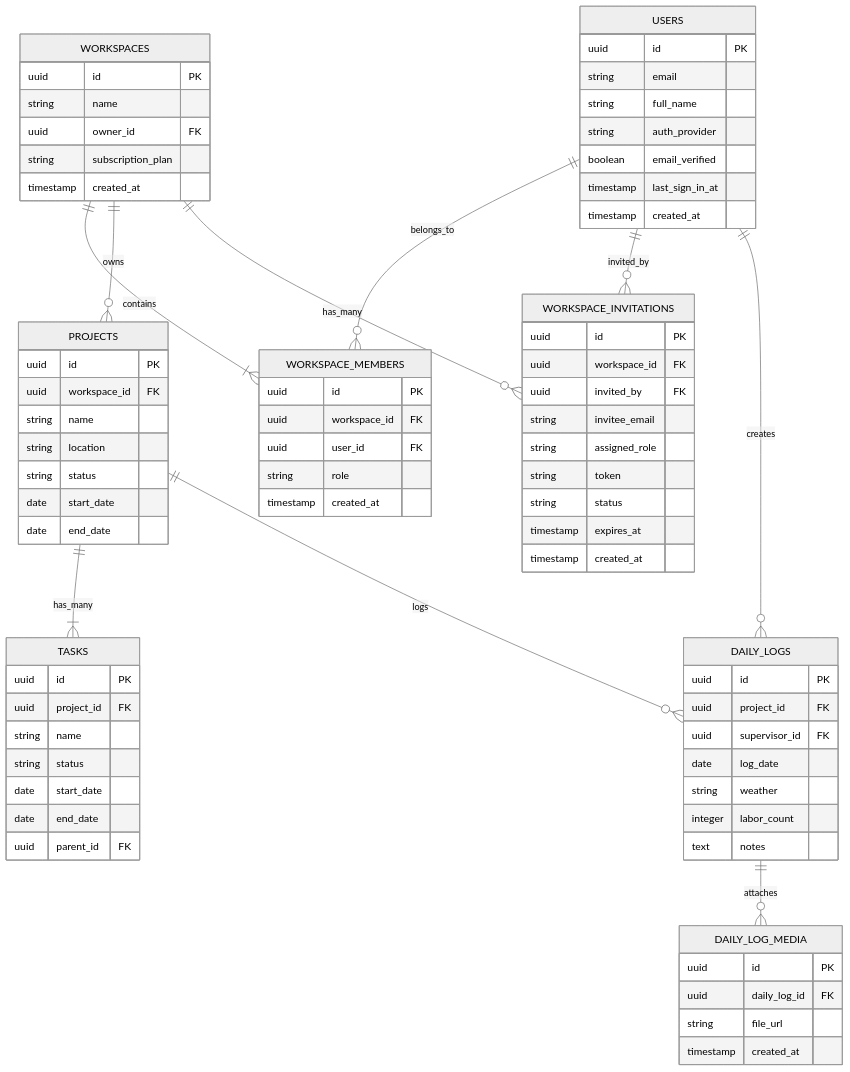
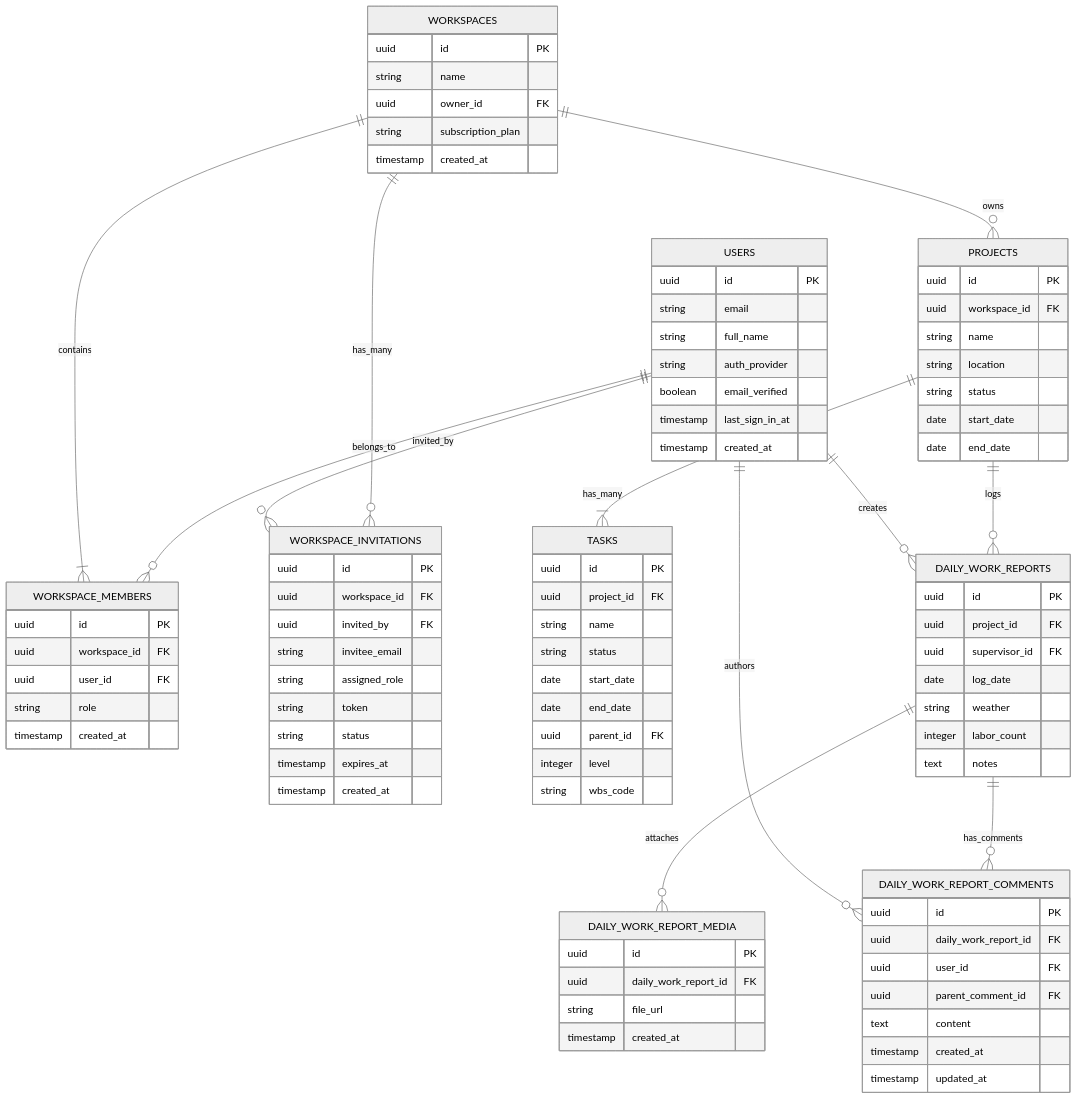
The third of 3 diagrams in docs/Product Requirement Document_ Constive.md (ilhamridzuan/Constive), drawn with Mermaid (neutral theme) before and after one commit. The commit also changed other lines of this file and 2 other files, not shown here.

````diff
--- a/docs/Product Requirement Document_ Constive.md
+++ b/docs/Product Requirement Document_ Constive.md
@@ -473,9 +480,11 @@
     WORKSPACES ||--o{ WORKSPACE_INVITATIONS : "has_many"
     USERS ||--o{ WORKSPACE_INVITATIONS : "invited_by"
     PROJECTS ||--|{ TASKS : "has_many"
-    PROJECTS ||--o{ DAILY_LOGS : "logs"
-    USERS ||--o{ DAILY_LOGS : "creates"
-    DAILY_LOGS ||--o{ DAILY_LOG_MEDIA : "attaches"
+    PROJECTS ||--o{ DAILY_WORK_REPORTS : "logs"
+    USERS ||--o{ DAILY_WORK_REPORTS : "creates"
+    DAILY_WORK_REPORTS ||--o{ DAILY_WORK_REPORT_MEDIA : "attaches"
+    DAILY_WORK_REPORTS ||--o{ DAILY_WORK_REPORT_COMMENTS : "has_comments"
+    USERS ||--o{ DAILY_WORK_REPORT_COMMENTS : "authors"
 
     USERS {
         uuid id PK
@@ -528,8 +537,10 @@
         date start_date
         date end_date
         uuid parent_id FK
+        integer level
+        string wbs_code
     }
-    DAILY_LOGS {
+    DAILY_WORK_REPORTS {
         uuid id PK
         uuid project_id FK
         uuid supervisor_id FK
@@ -538,10 +549,19 @@
         integer labor_count
         text notes
     }
-    DAILY_LOG_MEDIA {
+    DAILY_WORK_REPORT_MEDIA {
         uuid id PK
-        uuid daily_log_id FK
+        uuid daily_work_report_id FK
         string file_url
         timestamp created_at
     }
+    DAILY_WORK_REPORT_COMMENTS {
+        uuid id PK
+        uuid daily_work_report_id FK
+        uuid user_id FK
+        uuid parent_comment_id FK
+        text content
+        timestamp created_at
+        timestamp updated_at
+    }
 ```
````
